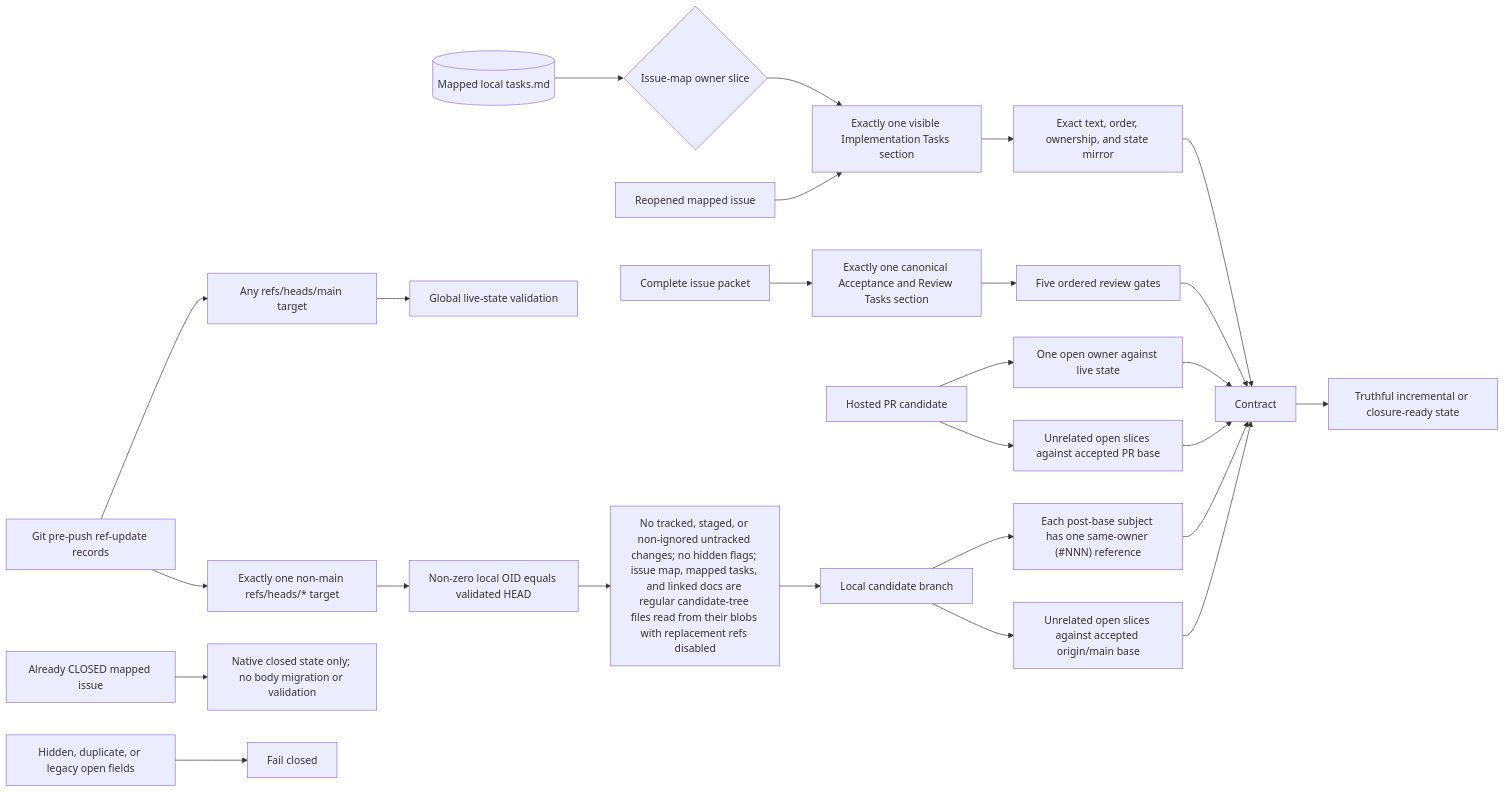
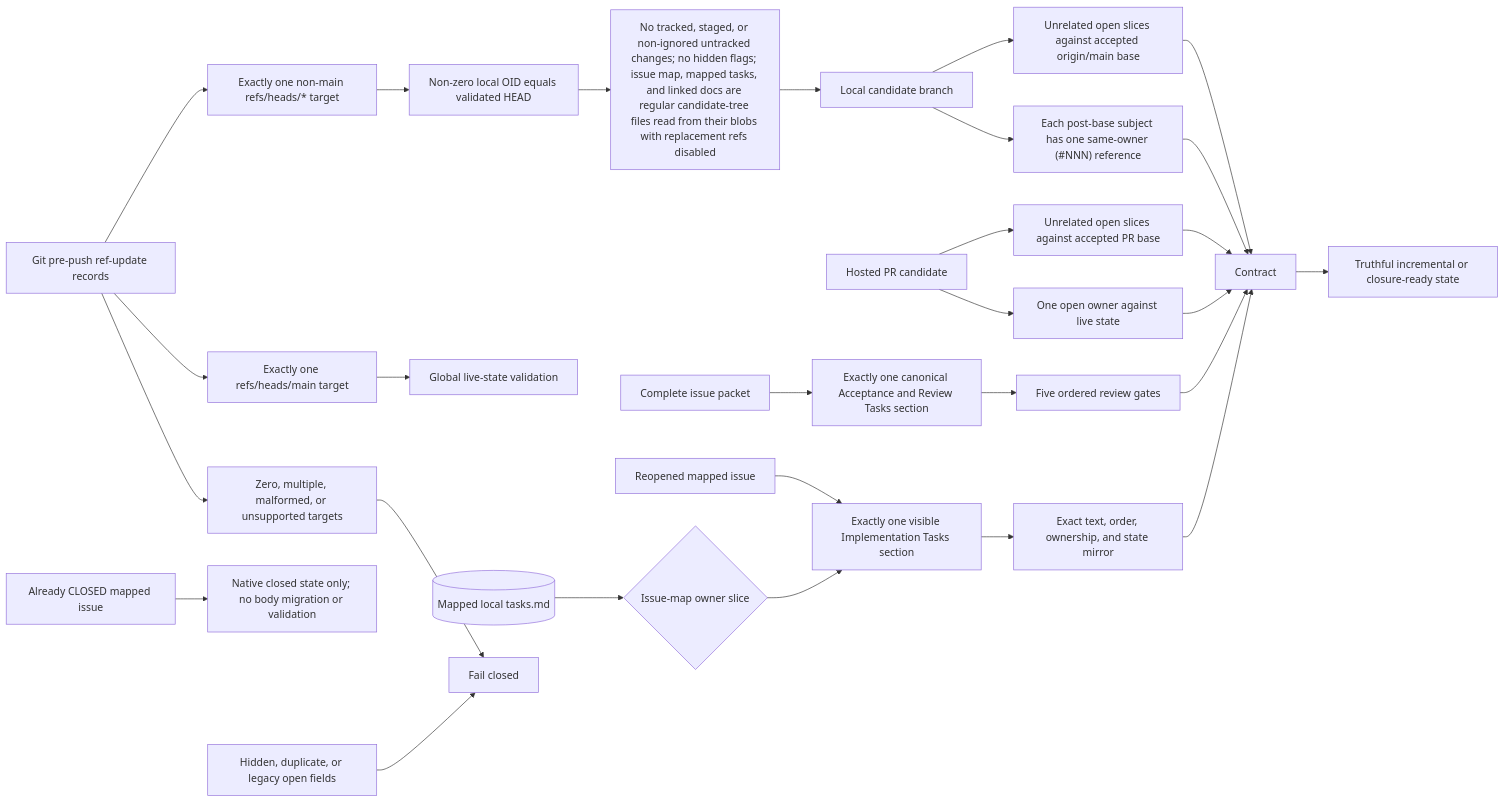
The first of 28 diagrams in docs/v050-release-architecture.md (styler-ai/ProjectAtlas), drawn with Mermaid before and after one commit. The commit also changed 6 other files, not shown here.

Commit message:
fix(issueops): reject mixed ref updates (#549)

````diff
--- a/docs/v050-release-architecture.md
+++ b/docs/v050-release-architecture.md
@@ -7,28 +7,30 @@
 ```mermaid
 flowchart LR
     LocalTasks[(Mapped local tasks.md)] --> OwnerSlice{Issue-map owner slice}
     OwnerSlice --> Implementation[Exactly one visible Implementation Tasks section]
     IssuePacket[Complete issue packet] --> Acceptance[Exactly one canonical Acceptance and Review Tasks section]
     Implementation --> Sync[Exact text, order, ownership, and state mirror]
     Acceptance --> Gates[Five ordered review gates]
     Sync --> Contract
     Gates --> Contract
     PR[Hosted PR candidate] --> Owner[One open owner against live state]
     PR --> Base[Unrelated open slices against accepted PR base]
-    Push[Git pre-push ref-update records] --> MainTarget["Any refs/heads/main target"]
+    Push[Git pre-push ref-update records] --> MainTarget["Exactly one refs/heads/main target"]
     Push --> CandidateTarget["Exactly one non-main refs/heads/* target"]
+    Push --> InvalidTarget["Zero, multiple, malformed, or unsupported targets"]
     MainTarget --> Global[Global live-state validation]
     CandidateTarget --> CandidateObject["Non-zero local OID equals validated HEAD"]
     CandidateObject --> CandidateClean["No tracked, staged, or non-ignored untracked changes; no hidden flags; issue map, mapped tasks, and linked docs are regular candidate-tree files read from their blobs with replacement refs disabled"]
     CandidateClean --> Candidate[Local candidate branch]
     Candidate --> CandidateOwner["Each post-base subject has one same-owner (#NNN) reference"]
     Candidate --> CandidateBase["Unrelated open slices against accepted origin/main base"]
     Owner --> Contract
     Base --> Contract
     CandidateOwner --> Contract
     CandidateBase --> Contract
     Closed[Already CLOSED mapped issue] --> Inert[Native closed state only; no body migration or validation]
     Reopened[Reopened mapped issue] --> Implementation
     Hidden[Hidden, duplicate, or legacy open fields] --> Reject[Fail closed]
+    InvalidTarget --> Reject
     Contract --> Ready[Truthful incremental or closure-ready state]
 ```
````
